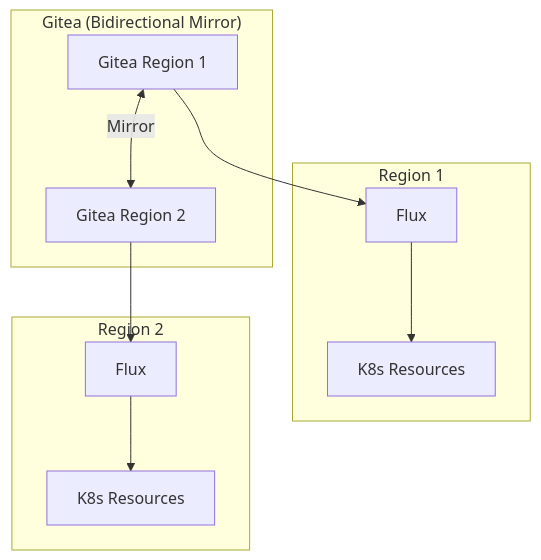
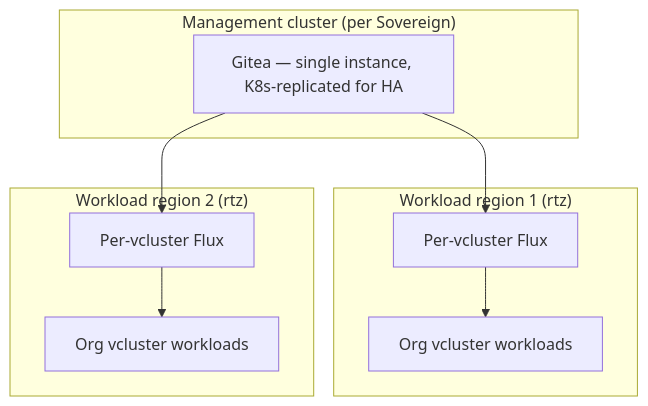
Before and after one commit to openova-io/openova: the second of 2 diagrams in platform/flux/README.md, drawn with Mermaid. The commit also changed other lines of this file and 2 other files, not shown here.

First paragraph of the commit message:
docs(pass-7): align Gitea + Flux multi-region story; fix broken mermaid id
Continuing Pass 7 cleanup after the OpenBao/ESO rewrite (42aeb62).

````diff
--- a/platform/flux/README.md
+++ b/platform/flux/README.md
@@ -169,23 +171,21 @@
 ```mermaid
 flowchart TB
-    subgraph Gitea["Gitea (Bidirectional Mirror)"]
-        G1[Gitea Region 1]
-        G2[Gitea Region 2]
-        G1 <-->|"Mirror"| G2
+    subgraph Mgt["Management cluster (per Sovereign)"]
+        Gitea[Gitea — single instance, K8s-replicated for HA]
     end
 
-    subgraph Region1["Region 1"]
-        Flux1[Flux]
-        K8s1[K8s Resources]
+    subgraph Region1["Workload region 1 (rtz)"]
+        Flux1[Per-vcluster Flux]
+        K8s1[Org vcluster workloads]
     end
 
-    subgraph Region2["Region 2"]
-        Flux2[Flux]
-        K8s2[K8s Resources]
+    subgraph Region2["Workload region 2 (rtz)"]
+        Flux2[Per-vcluster Flux]
+        K8s2[Org vcluster workloads]
     end
 
-    G1 --> Flux1
-    G2 --> Flux2
+    Gitea --> Flux1
+    Gitea --> Flux2
     Flux1 --> K8s1
     Flux2 --> K8s2
 ```
````
